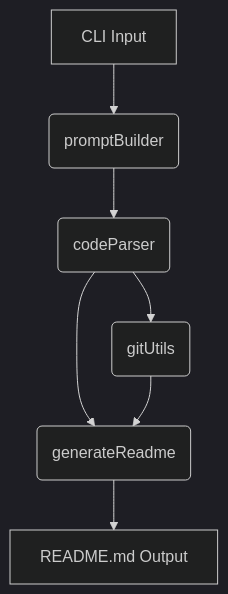
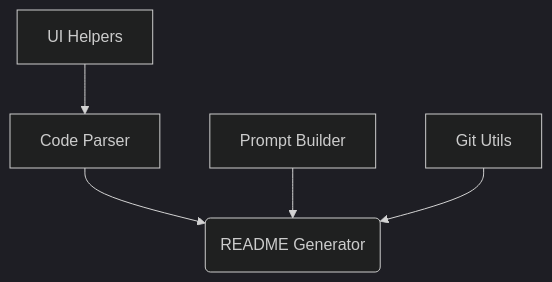
Before and after one commit to PIYUSH1SAINI/ReadMe-wiz: the first of 2 diagrams in README.md, drawn with Mermaid (dark theme). The commit also changed other lines of this file and 2 other files, not shown here.

Commit message:
custom user request CLI command

````diff
--- a/README.md
+++ b/README.md
@@ -41,10 +32,7 @@
 ```mermaid
 graph TD
-    A[CLI Input] --> B(promptBuilder);
-    B --> C(codeParser);
-    C --> D(generateReadme);
-    D --> E[README.md Output];
-    C --> F(gitUtils);
-    F --> D;
-
+    A[Code Parser] --> B(README Generator);
+    C[Prompt Builder] --> B;
+    D[Git Utils] --> B;
+    E[UI Helpers] --> A;
 ```
````
